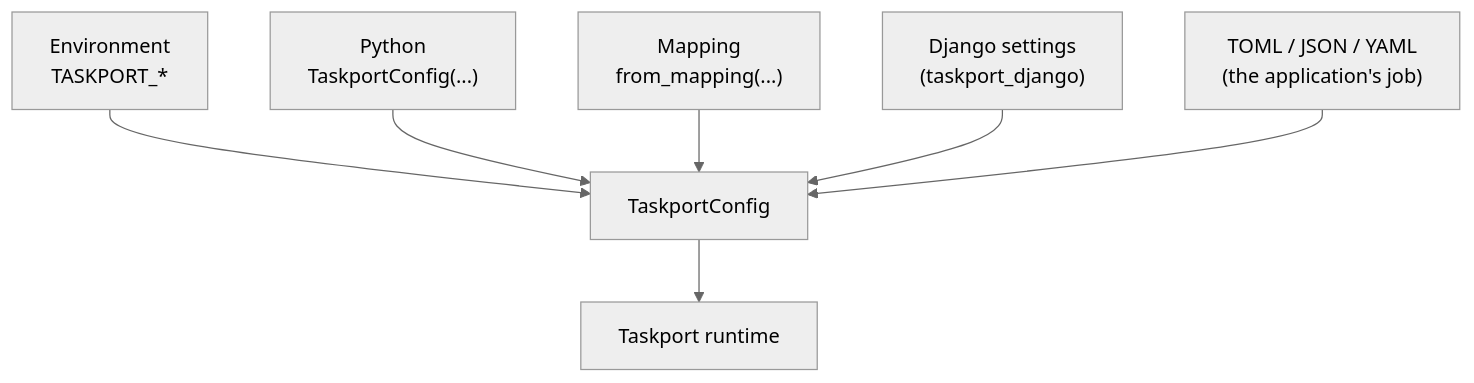
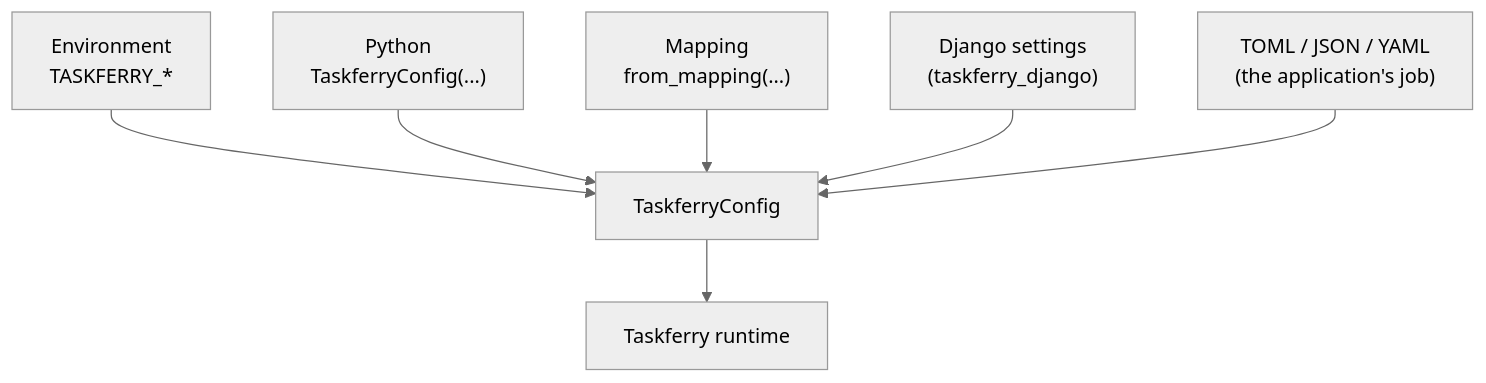
The diagram in docs/adr/0007-configuration.md (xiidigital/taskferry), drawn with Mermaid (neutral theme) before and after one commit. The commit also changed other lines of this file and 424 other files, not shown here.

First line of the commit message:
refactor: rebrand taskport to taskferry across all distributions

````diff
--- a/docs/adr/0007-configuration.md
+++ b/docs/adr/0007-configuration.md
@@ -22,18 +22,18 @@
 ```mermaid
 flowchart TD
-    ENV["Environment<br/>TASKPORT_*"]
-    PY["Python<br/>TaskportConfig(...)"]
+    ENV["Environment<br/>TASKFERRY_*"]
+    PY["Python<br/>TaskferryConfig(...)"]
     MAP["Mapping<br/>from_mapping(...)"]
-    DJ["Django settings<br/>(taskport_django)"]
+    DJ["Django settings<br/>(taskferry_django)"]
     FILE["TOML / JSON / YAML<br/>(the application's job)"]
 
-    CONFIG["TaskportConfig"]
-    RUNTIME["Taskport runtime"]
+    CONFIG["TaskferryConfig"]
+    RUNTIME["Taskferry runtime"]
 
     ENV --> CONFIG
     PY --> CONFIG
     MAP --> CONFIG
     DJ --> CONFIG
     FILE --> CONFIG
     CONFIG --> RUNTIME
 ```
````
